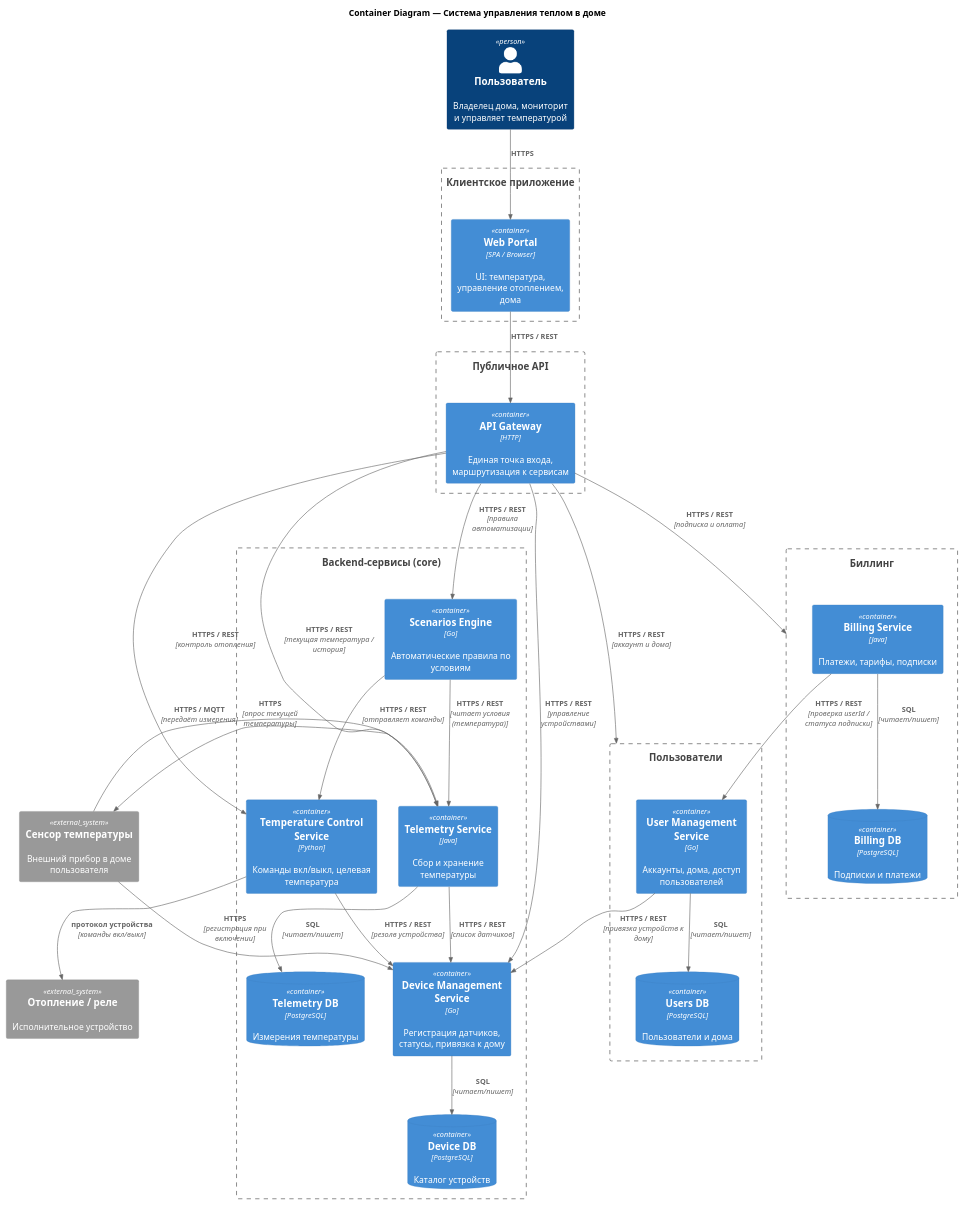
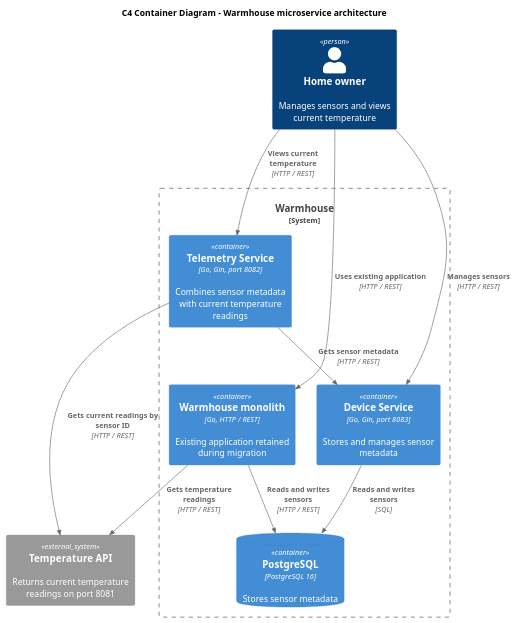
Before and after one commit to SergeyGreen7/architecture-pro-warmhouse: the diagram in docs/architecure/container/container.puml, drawn with PlantUML. The commit also changed 11 other files, not shown here.

Commit message:
task2 is updated with new architecture

```diff
--- a/docs/architecure/container/container.puml
+++ b/docs/architecure/container/container.puml
@@ -1,70 +1,26 @@
 @startuml
 !include <C4/C4_Container>
 
-title Container Diagram — Система управления теплом в доме
+title C4 Container Diagram - Warmhouse microservice architecture
 
-Person(user, "Пользователь", "Владелец дома, мониторит и управляет температурой")
+Person(user, "Home owner", "Manages sensors and views current temperature")
 
-Boundary(clientApp, "Клиентское приложение") {
-    Container(web, "Web Portal", "SPA / Browser", "UI: температура, управление отоплением, дома")
+System_Boundary(warmhouse, "Warmhouse") {
+    Container(monolith, "Warmhouse monolith", "Go, HTTP / REST", "Existing application retained during migration")
+    Container(device, "Device Service", "Go, Gin, port 8083", "Stores and manages sensor metadata")
+    Container(telemetry, "Telemetry Service", "Go, Gin, port 8082", "Combines sensor metadata with current temperature readings")
+    ContainerDb(postgres, "PostgreSQL", "PostgreSQL 16", "Stores sensor metadata")
 }
 
-Boundary(publicAPI, "Публичное API") {
-    Container(gateway, "API Gateway", "HTTP", "Единая точка входа, маршрутизация к сервисам")
-}
+System_Ext(temperature_api, "Temperature API", "Returns current temperature readings on port 8081")
 
-Boundary(backendServices, "Backend-сервисы (core)") {
-    Container(device, "Device Management Service", "Go", "Регистрация датчиков, статусы, привязка к дому")
-    ContainerDb(device_db, "Device DB", "PostgreSQL", "Каталог устройств")
-
-    Container(telemetry, "Telemetry Service", "Java", "Сбор и хранение температуры")
-    ContainerDb(telemetry_db, "Telemetry DB", "PostgreSQL", "Измерения температуры")
-
-    Container(heating, "Temperature Control Service", "Python", "Команды вкл/выкл, целевая температура")
-
-    Container(scenarios, "Scenarios Engine", "Go", "Автоматические правила по условиям")
-}
-
-Boundary(billingBoundary, "Биллинг") {
-    Container(billing, "Billing Service", "Java", "Платежи, тарифы, подписки")
-    ContainerDb(billing_db, "Billing DB", "PostgreSQL", "Подписки и платежи")
-}
-
-Boundary(usersBoundary, "Пользователи") {
-    Container(users, "User Management Service", "Go", "Аккаунты, дома, доступ пользователей")
-    ContainerDb(users_db, "Users DB", "PostgreSQL", "Пользователи и дома")
-}
-
-System_Ext(sensor, "Сенсор температуры", "Внешний прибор в доме пользователя")
-System_Ext(heater, "Отопление / реле", "Исполнительное устройство")
-
-Rel(user, web, "HTTPS")
-Rel(web, gateway, "HTTPS / REST")
-
-Rel(gateway, device, "HTTPS / REST", "управление устройствами")
-Rel(gateway, telemetry, "HTTPS / REST", "текущая температура / история")
-Rel(gateway, heating, "HTTPS / REST", "контроль отопления")
-Rel(gateway, scenarios, "HTTPS / REST", "правила автоматизации")
-Rel(gateway, billingBoundary, "HTTPS / REST", "подписка и оплата")
-Rel(gateway, usersBoundary, "HTTPS / REST", "аккаунт и дома")
-
-Rel(device, device_db, "SQL", "читает/пишет")
-Rel(telemetry, telemetry_db, "SQL", "читает/пишет")
-Rel(billing, billing_db, "SQL", "читает/пишет")
-Rel(users, users_db, "SQL", "читает/пишет")
-
-Rel(sensor, device, "HTTPS", "регистрация при включении")
-Rel(sensor, telemetry, "HTTPS / MQTT", "передаёт измерения")
-Rel(telemetry, sensor, "HTTPS", "опрос текущей температуры")
-Rel(telemetry, device, "HTTPS / REST", "список датчиков")
-
-Rel(heating, heater, "протокол устройства", "команды вкл/выкл")
-Rel(heating, device, "HTTPS / REST", "резолв устройства")
-
-Rel(scenarios, telemetry, "HTTPS / REST", "читает условия (температура)")
-Rel(scenarios, heating, "HTTPS / REST", "отправляет команды")
-
-Rel(users, device, "HTTPS / REST", "привязка устройств к дому")
-Rel(billing, users, "HTTPS / REST", "проверка userId / статуса подписки")
+Rel(user, monolith, "Uses existing application", "HTTP / REST")
+Rel(user, device, "Manages sensors", "HTTP / REST")
+Rel(user, telemetry, "Views current temperature", "HTTP / REST")
+Rel(device, postgres, "Reads and writes sensors", "SQL")
+Rel(telemetry, device, "Gets sensor metadata", "HTTP / REST")
+Rel(telemetry, temperature_api, "Gets current readings by sensor ID", "HTTP / REST")
+Rel(monolith, temperature_api, "Gets temperature readings", "HTTP / REST")
+Rel(monolith, postgres, "Reads and writes sensors", "HTTP / REST")
 
 @enduml
```
